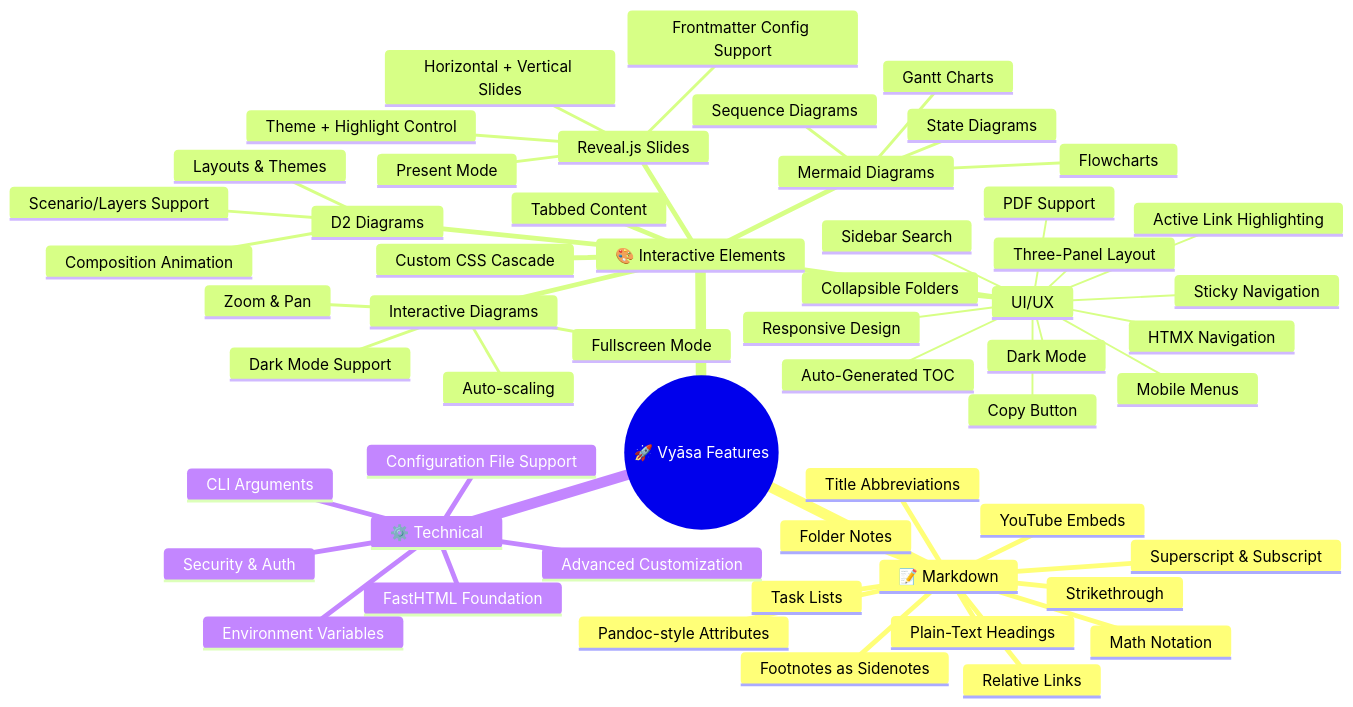
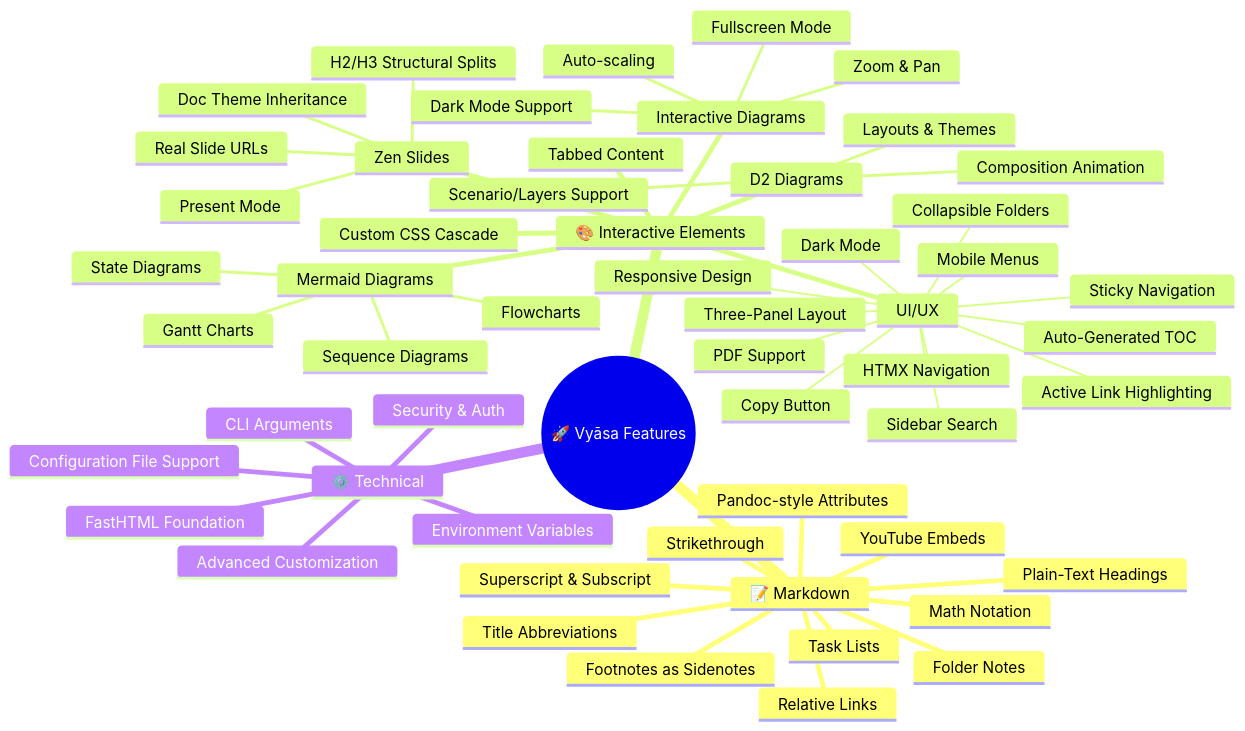
Before and after one commit to sizhky/vyasa: the diagram in README.md, drawn with Mermaid. The commit also changed other lines of this file and 16 other files, not shown here.

Commit message:
replace reveal.js slides with native slides

````diff
--- a/README.md
+++ b/README.md
@@ -55,58 +55,58 @@
 ```mermaid
 mindmap
   root((🚀 Vyāsa Features))
     📝 Markdown
       Footnotes as Sidenotes
       YouTube Embeds
       Task Lists
       Math Notation
       Superscript & Subscript
       Strikethrough
       Relative Links
       Plain-Text Headings
       Pandoc-style Attributes
       Title Abbreviations
       Folder Notes
     🎨 Interactive Elements
-      Reveal.js Slides
+      Zen Slides
         Present Mode
-        Horizontal + Vertical Slides
-        Frontmatter Config Support
-        Theme + Highlight Control
+        Real Slide URLs
+        H2/H3 Structural Splits
+        Doc Theme Inheritance
       Mermaid Diagrams
         Flowcharts
         Sequence Diagrams
         State Diagrams
         Gantt Charts
       D2 Diagrams
         Layouts & Themes
         Composition Animation
         Scenario/Layers Support
       Interactive Diagrams
         Zoom & Pan
         Fullscreen Mode
         Dark Mode Support
         Auto-scaling
       Tabbed Content
       Custom CSS Cascade
      UI/UX
       Responsive Design
       Dark Mode
       Three-Panel Layout
       HTMX Navigation
       Collapsible Folders
       Sidebar Search
       Auto-Generated TOC
       Mobile Menus
       Sticky Navigation
       Active Link Highlighting
       PDF Support
       Copy Button
     ⚙️ Technical
       FastHTML Foundation
       Configuration File Support
       CLI Arguments
       Environment Variables
       Security & Auth
       Advanced Customization
 ```
````
